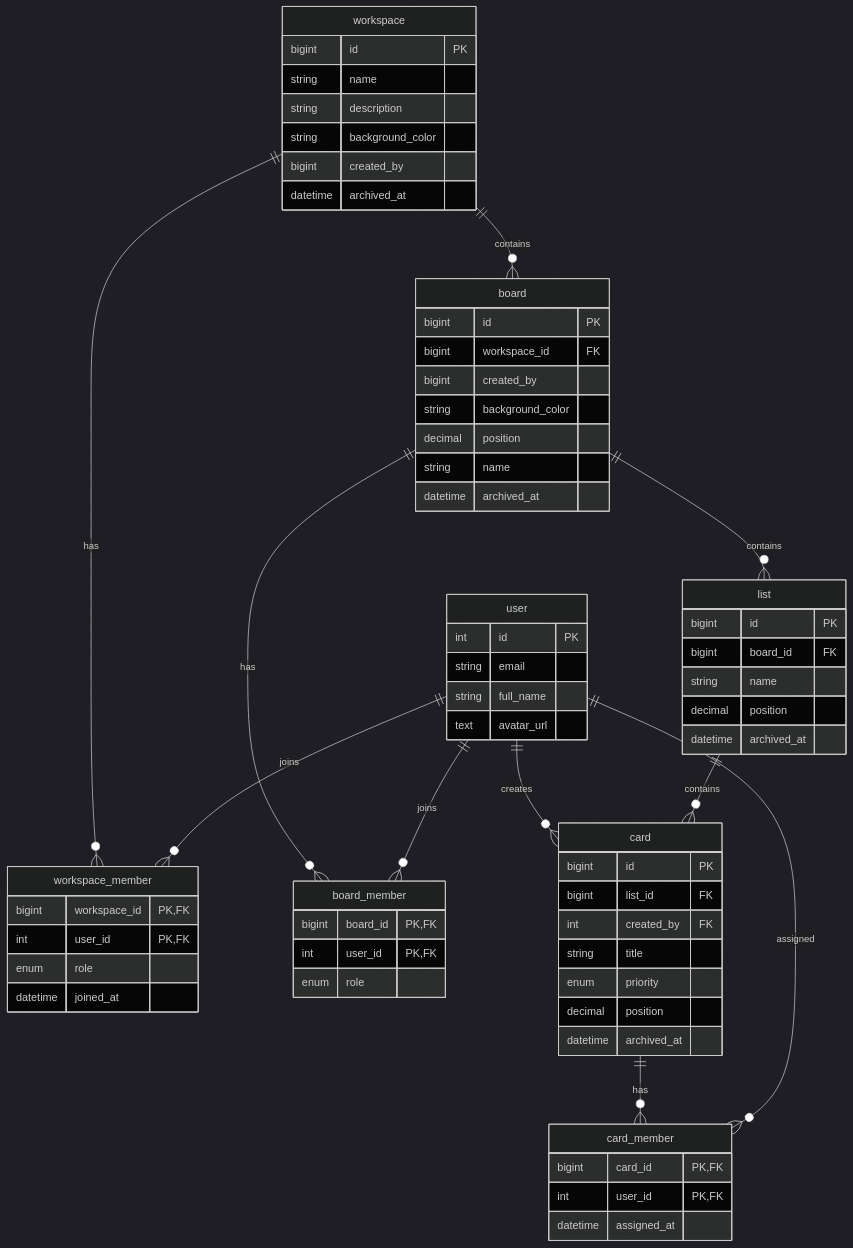
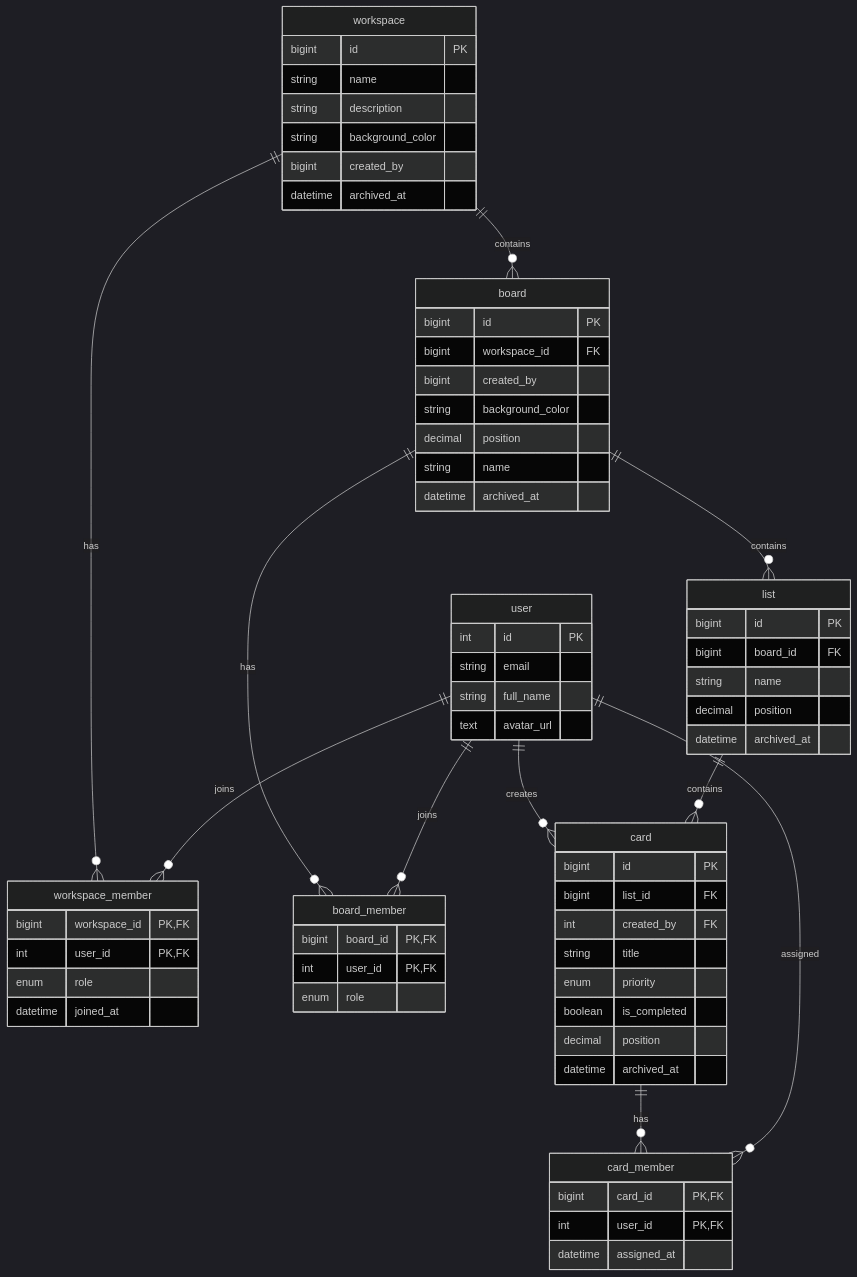
The diagram in docs/architecture/data-model.md (Thoai1503/TrelloClone), drawn with Mermaid (dark theme) before and after one commit. The commit also changed 15 other files, not shown here.

````diff
--- a/docs/architecture/data-model.md
+++ b/docs/architecture/data-model.md
@@ -5,69 +5,70 @@
 ```mermaid
 erDiagram
     user ||--o{ workspace_member : joins
     workspace ||--o{ workspace_member : has
     workspace ||--o{ board : contains
     user ||--o{ board_member : joins
     board ||--o{ board_member : has
     board ||--o{ list : contains
     list ||--o{ card : contains
     user ||--o{ card : creates
     user ||--o{ card_member : assigned
     card ||--o{ card_member : has
 
     user {
         int id PK
         string email
         string full_name
         text avatar_url
     }
     workspace {
         bigint id PK
         string name
         string description
         string background_color
         bigint created_by
         datetime archived_at
     }
     workspace_member {
         bigint workspace_id PK, FK
         int user_id PK, FK
         enum role
         datetime joined_at
     }
     board {
         bigint id PK
         bigint workspace_id FK
         bigint created_by
         string background_color
         decimal position
         string name
         datetime archived_at
     }
     board_member {
         bigint board_id PK, FK
         int user_id PK, FK
         enum role
     }
     list {
         bigint id PK
         bigint board_id FK
         string name
         decimal position
         datetime archived_at
     }
     card {
         bigint id PK
         bigint list_id FK
         int created_by FK
         string title
         enum priority
+        boolean is_completed
         decimal position
         datetime archived_at
     }
     card_member {
         bigint card_id PK, FK
         int user_id PK, FK
         datetime assigned_at
     }
 ```
````
